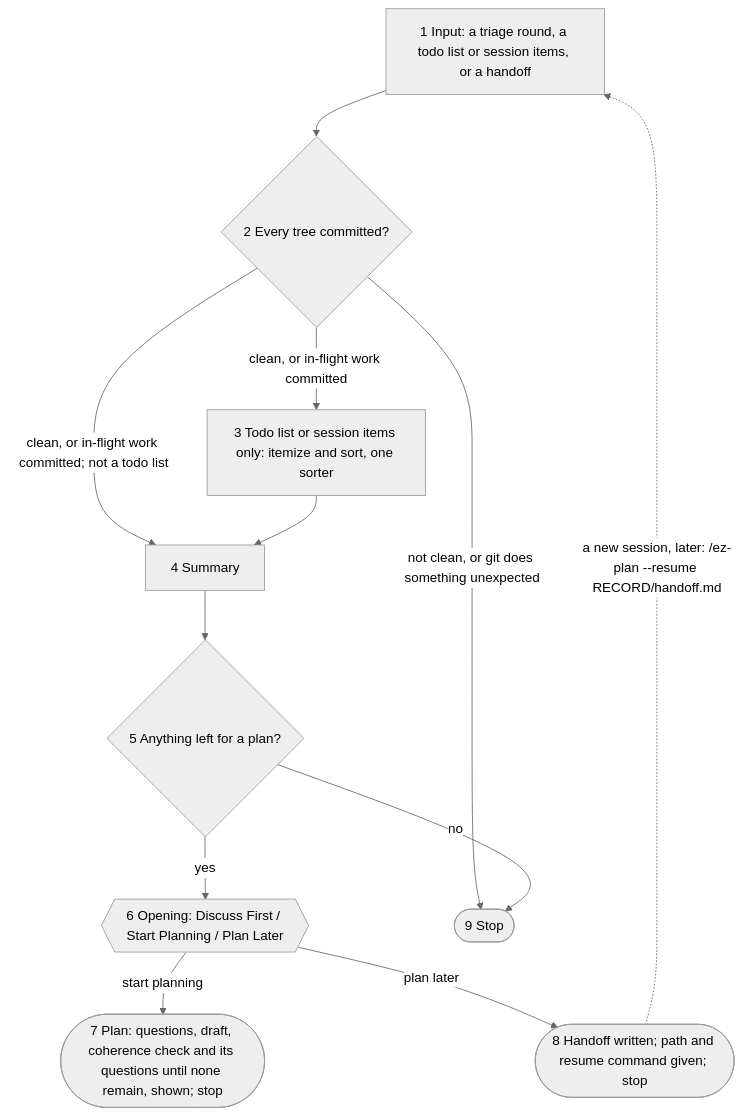
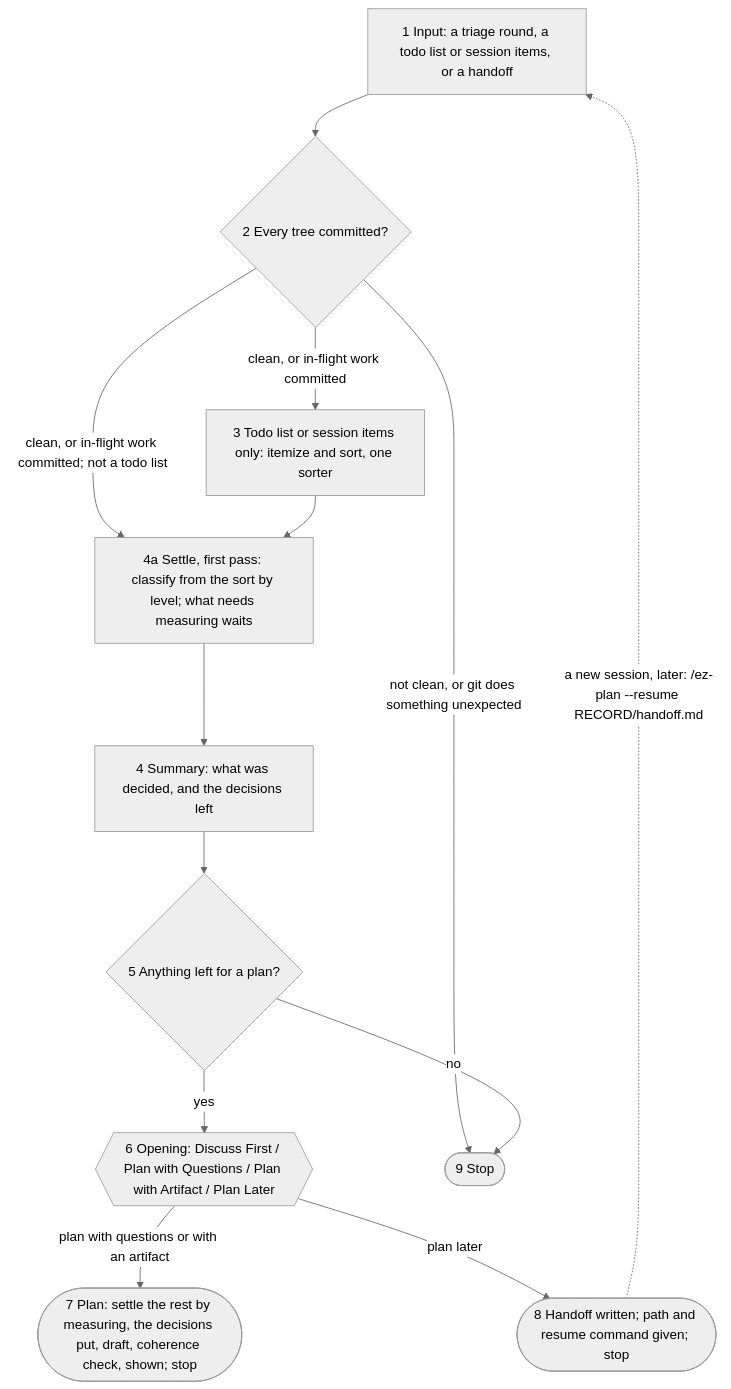
One commit to iwalton3/codemap changed the diagram in skills/ez-plan/references/contract.md. Above: the diagram before and after it, drawn with Mermaid (neutral theme). The commit also changed other lines of this file and 21 other files, not shown here.

````diff
--- a/skills/ez-plan/references/contract.md
+++ b/skills/ez-plan/references/contract.md
@@ -20,22 +24,24 @@
 ```mermaid
 flowchart TD
   I["1 Input: a triage round, a todo list or session items, or a handoff"]
   T{"2 Every tree committed?"}
   S["3 Todo list or session items only: itemize and sort, one sorter"]
-  X["4 Summary"]
+  D["4a Settle, first pass: classify from the sort by level; what needs measuring waits"]
+  X["4 Summary: what was decided, and the decisions left"]
   N{"5 Anything left for a plan?"}
-  O{{"6 Opening: Discuss First / Start Planning / Plan Later"}}
-  P(["7 Plan: questions, draft, coherence check and its questions until none remain, shown; stop"])
+  O{{"6 Opening: Discuss First / Plan with Questions / Plan with Artifact / Plan Later"}}
+  P(["7 Plan: settle the rest by measuring, the decisions put, draft, coherence check, shown; stop"])
   H(["8 Handoff written; path and resume command given; stop"])
   E(["9 Stop"])
   I --> T
   T -- "clean, or in-flight work committed" --> S
-  T -- "clean, or in-flight work committed; not a todo list" --> X
+  T -- "clean, or in-flight work committed; not a todo list" --> D
   T -- "not clean, or git does something unexpected" --> E
-  S --> X --> N
+  S --> D
+  D --> X --> N
   N -- no --> E
   N -- yes --> O
-  O -- "start planning" --> P
+  O -- "plan with questions or with an artifact" --> P
   O -- "plan later" --> H
   H -. "a new session, later: /ez-plan --resume RECORD/handoff.md" .-> I
 ```
````
